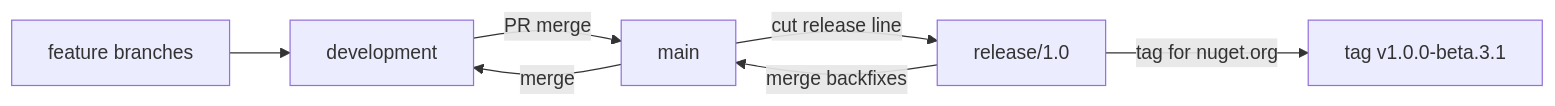
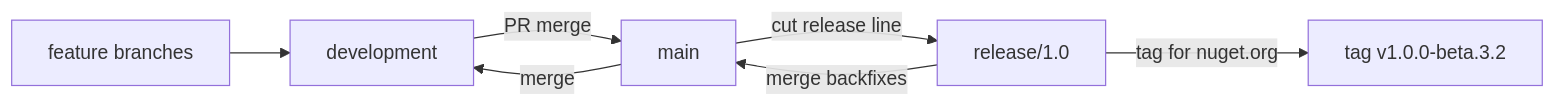
Before and after one commit to ahmedSamir50/AdamSystems.ZVec.NET: the first of 2 diagrams in CONTRIBUTING.md, drawn with Mermaid. The commit also changed other lines of this file and 10 other files, not shown here.

````diff
--- a/CONTRIBUTING.md
+++ b/CONTRIBUTING.md
@@ -42,15 +42,15 @@
 ```mermaid
 flowchart LR
   feat[feature branches]
   dev[development]
   mainNode[main]
   rel["release/1.0"]
-  tagNode["tag v1.0.0-beta.3.1"]
+  tagNode["tag v1.0.0-beta.3.2"]
 
   feat --> dev
   dev -->|"PR merge"| mainNode
   mainNode -->|"cut release line"| rel
   rel -->|"tag for nuget.org"| tagNode
   rel -->|"merge backfixes"| mainNode
   mainNode -->|"merge"| dev
 ```
````
